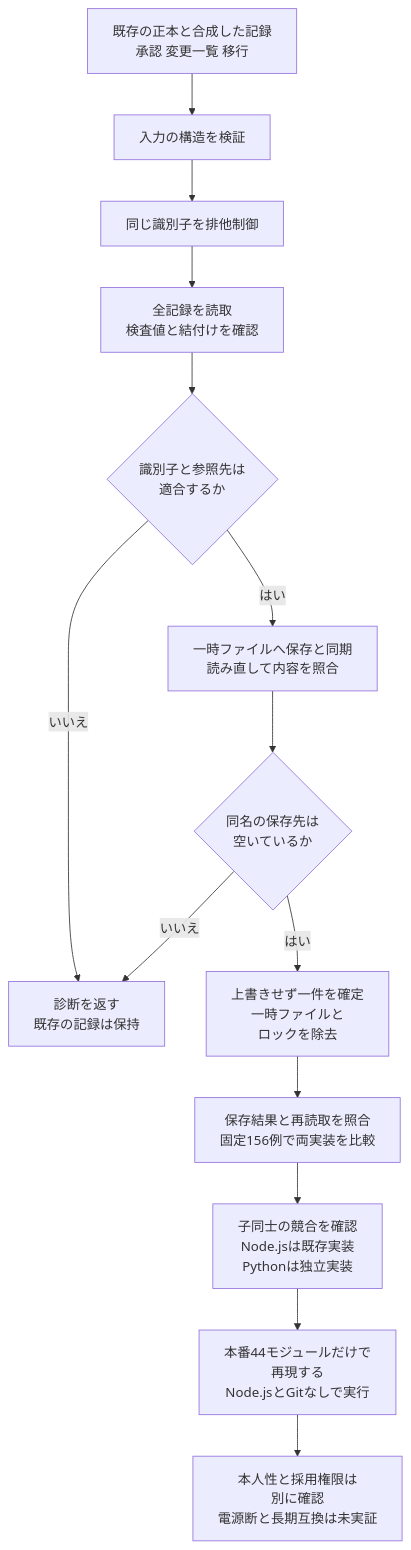
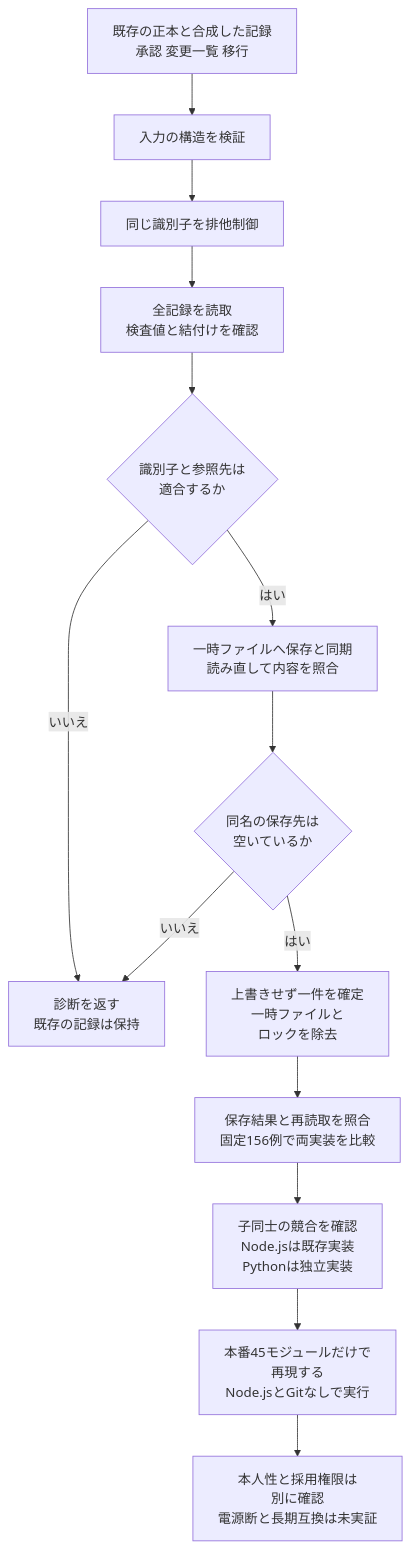
Before and after one commit to koukemo/morivyx: the diagram in docs/diagrams/python-ledger-store.mmd, drawn with Mermaid. The commit also changed 40 other files, not shown here.

```diff
--- a/docs/diagrams/python-ledger-store.mmd
+++ b/docs/diagrams/python-ledger-store.mmd
@@ -1,14 +1,14 @@
 flowchart TD
   A[既存の正本と合成した記録<br/>承認 変更一覧 移行] --> B[入力の構造を検証]
   B --> C[同じ識別子を排他制御]
   C --> D[全記録を読取<br/>検査値と結付けを確認]
   D --> E{識別子と参照先は<br/>適合するか}
   E -->|いいえ| F[診断を返す<br/>既存の記録は保持]
   E -->|はい| G[一時ファイルへ保存と同期<br/>読み直して内容を照合]
   G --> H{同名の保存先は<br/>空いているか}
   H -->|いいえ| F
   H -->|はい| I[上書きせず一件を確定<br/>一時ファイルと<br/>ロックを除去]
   I --> J[保存結果と再読取を照合<br/>固定156例で両実装を比較]
   J --> K[子同士の競合を確認<br/>Node.jsは既存実装<br/>Pythonは独立実装]
-  K --> L[本番44モジュールだけで<br/>再現する<br/>Node.jsとGitなしで実行]
+  K --> L[本番45モジュールだけで<br/>再現する<br/>Node.jsとGitなしで実行]
   L --> M[本人性と採用権限は<br/>別に確認<br/>電源断と長期互換は未実証]
```
